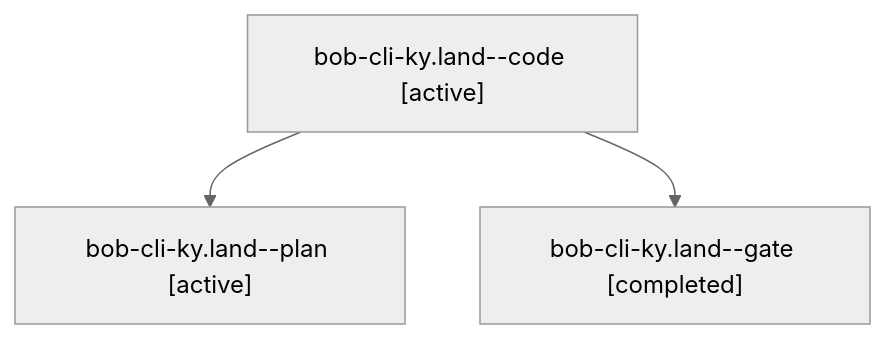
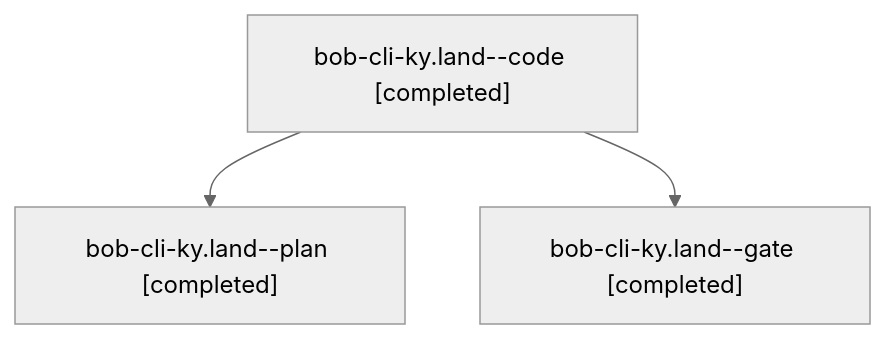
One commit to bobs-org/bob-cli--agents changed the diagram in sessions/bbugyi200.athena.bob-cli-ky.land.md. Above: the diagram before and after it, drawn with Mermaid (neutral theme). The commit also changed other lines of this file and 21 other files, not shown here.

````diff
--- a/sessions/bbugyi200.athena.bob-cli-ky.land.md
+++ b/sessions/bbugyi200.athena.bob-cli-ky.land.md
@@ -9,8 +9,8 @@
 ```mermaid
 flowchart TD
-  n0["bob-cli-ky.land--code [active]"]
-  n1["bob-cli-ky.land--plan [active]"]
+  n0["bob-cli-ky.land--code [completed]"]
+  n1["bob-cli-ky.land--plan [completed]"]
   n0 --> n1
   n2["bob-cli-ky.land--gate [completed]"]
   n0 --> n2
 ```
````
